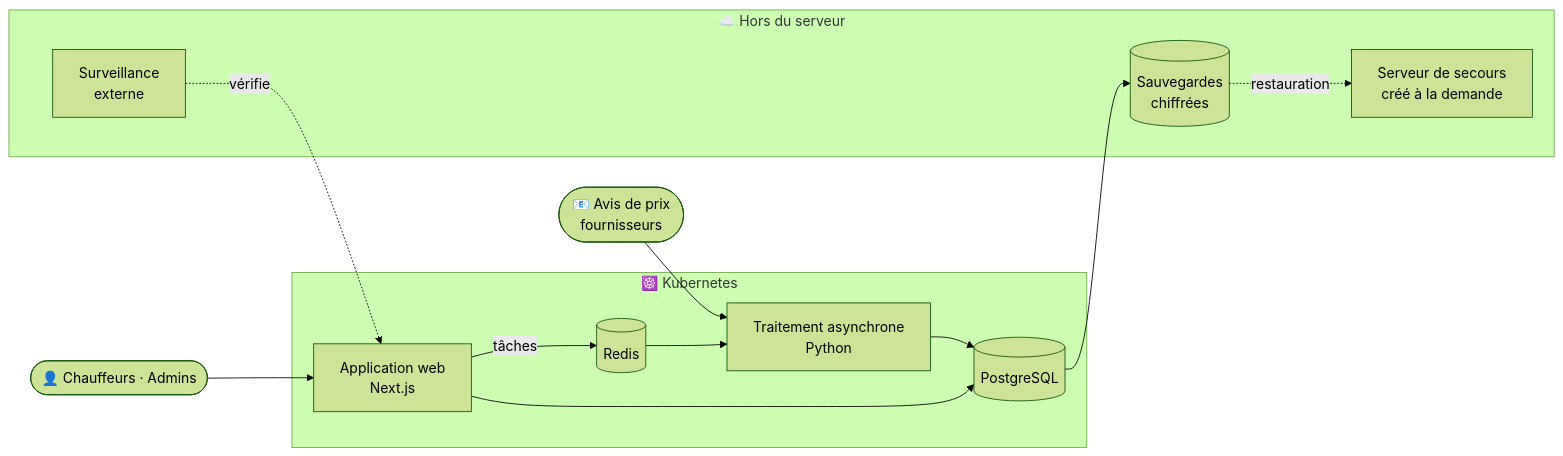
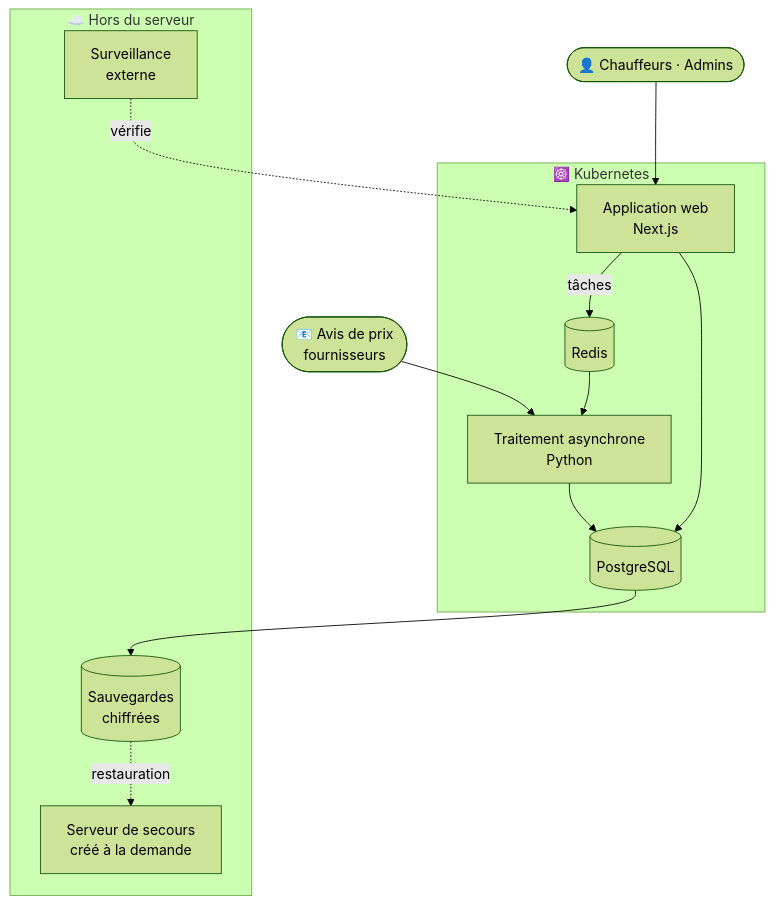
Before and after one commit to Tranquility42/Tranquility42: the diagram in README.md, drawn with Mermaid (forest theme).

Commit message:
README : schéma d'architecture vertical, plus lisible

````diff
--- a/README.md
+++ b/README.md
@@ -62,26 +62,26 @@
 ```mermaid
-flowchart LR
+flowchart TB
     U([👤 Chauffeurs · Admins])
     PF([📧 Avis de prix<br/>fournisseurs])
 
     subgraph PROD["☸️ Kubernetes"]
         N[Application web<br/>Next.js]
         W[Traitement asynchrone<br/>Python]
         DB[(PostgreSQL)]
         Q[(Redis)]
     end
 
     subgraph OUT["☁️ Hors du serveur"]
         S[(Sauvegardes<br/>chiffrées)]
         M[Surveillance<br/>externe]
         DR[Serveur de secours<br/>créé à la demande]
     end
 
     U --> N
     PF --> W
     N --> DB
     N -- tâches --> Q --> W --> DB
     DB --> S
     M -. vérifie .-> N
     S -. restauration .-> DR
 ```
````
